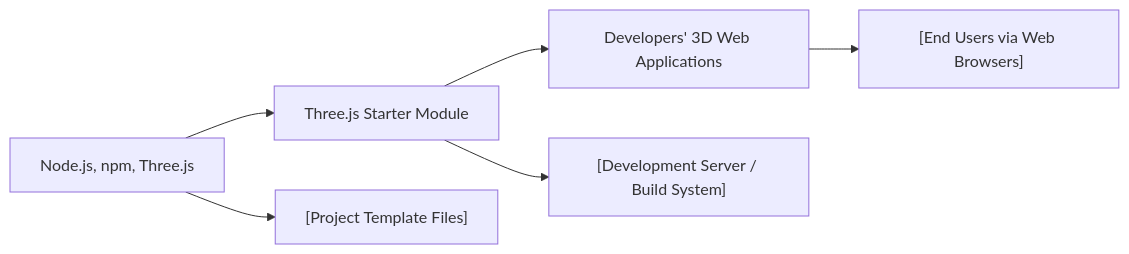
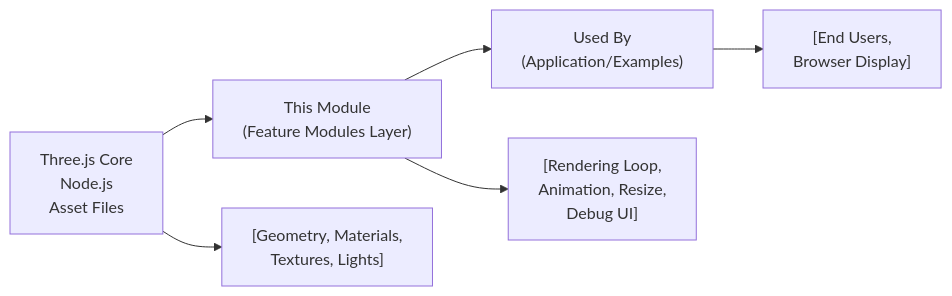
The diagram in .shelfya/README.md (NicoooM/three-js-test), drawn with Mermaid before and after one commit. The commit also changed other lines of this file and 12 other files, not shown here.

````diff
--- a/.shelfya/README.md
+++ b/.shelfya/README.md
@@ -35,7 +70,7 @@
 ```mermaid
 flowchart LR
-  dependencies["Node.js, npm, Three.js"] --> thisModule["Three.js Starter Module"] --> usedBy["Developers' 3D Web Applications"]
-  dependencies --> details["[Project Template Files]"]
-  thisModule --> process["[Development Server / Build System]"] 
-  usedBy --> consumers["[End Users via Web Browsers]"]
+  dependencies["Three.js Core<br>Node.js<br>Asset Files"] --> thisModule["This Module<br>(Feature Modules Layer)"] --> usedBy["Used By<br>(Application/Examples)"]
+  dependencies --> details["[Geometry, Materials,<br>Textures, Lights]"]
+  thisModule --> process["[Rendering Loop,<br>Animation, Resize,<br>Debug UI]"] 
+  usedBy --> consumers["[End Users,<br>Browser Display]"]
 ```
````
